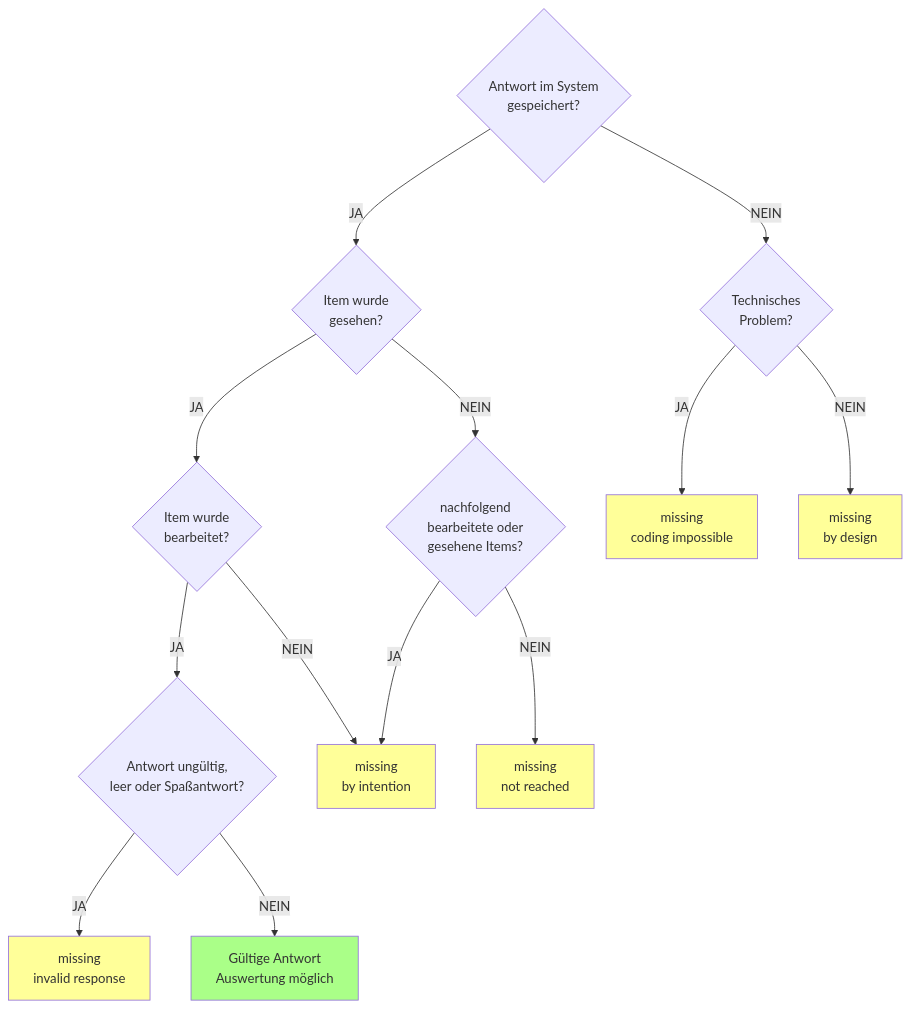
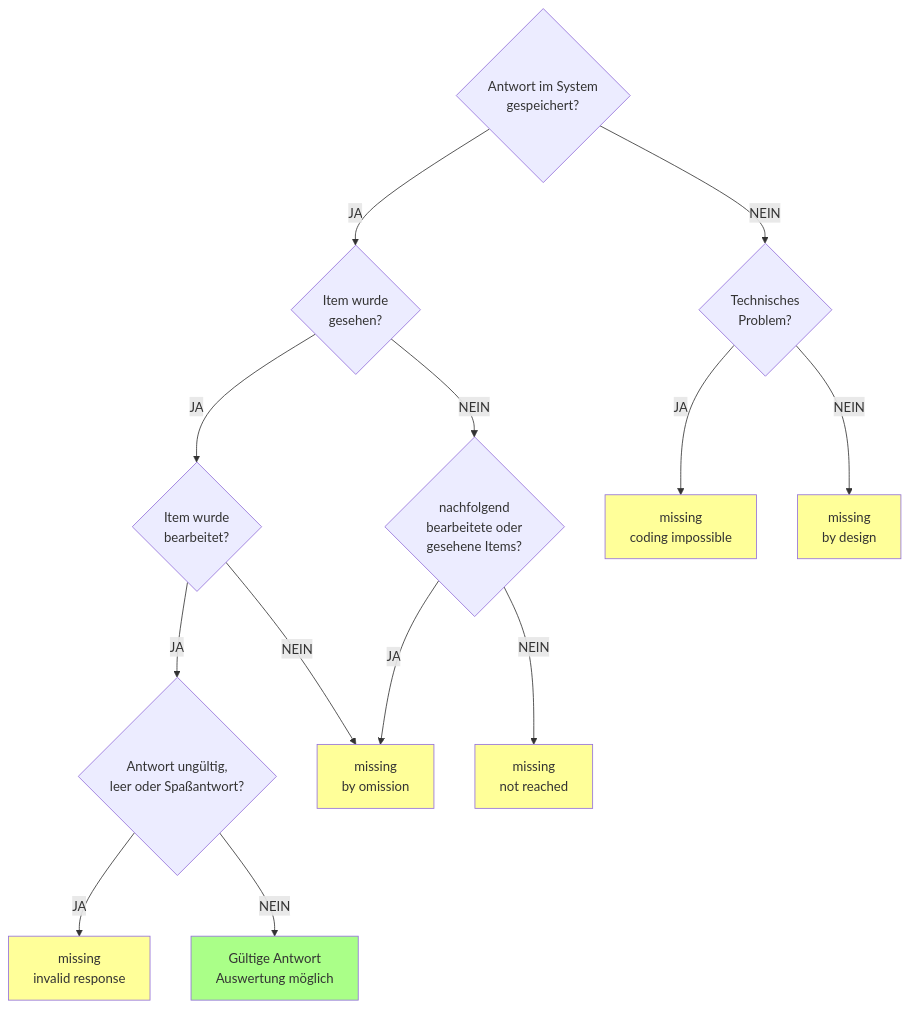
The diagram in data-structures/missings.qmd (iqb-berlin/coding-info), drawn with Mermaid before and after one commit. The commit also changed other lines of this file, not shown here.

Commit message:
Replace missing inteded by omitted

````diff
--- a/data-structures/missings.qmd
+++ b/data-structures/missings.qmd
@@ -12,23 +12,23 @@
 ```{mermaid}
 flowchart TD
     C{Antwort im System\ngespeichert?} -->|JA| A{Item wurde\ngesehen?}
     A -->|JA| F{Item wurde \nbearbeitet?}
     style G fill:#ff9
     F -->|JA| H{Antwort ungültig,\nleer oder Spaßantwort?}
     A -->|NEIN| I{nachfolgend\nbearbeitete oder\ngesehene Items?}
-    F -->|NEIN| J[missing\nby intention]
+    F -->|NEIN| J[missing\nby omission]
     I -->|JA| J
     I -->|NEIN| G[missing\nnot reached]
     style J fill:#ff9
     H -->|JA| K[missing\ninvalid response]
     style K fill:#ff9
     H -->|NEIN| L["Gültige Antwort\nAuswertung möglich"]
     style L fill:#af8
     
     C -->|NEIN| B{Technisches\nProblem?}
     B -->|JA| D[missing\ncoding impossible]
     style D fill:#ff9
     B -->|NEIN| E[missing\nby design]
     style E fill:#ff9
 
 ```
````
